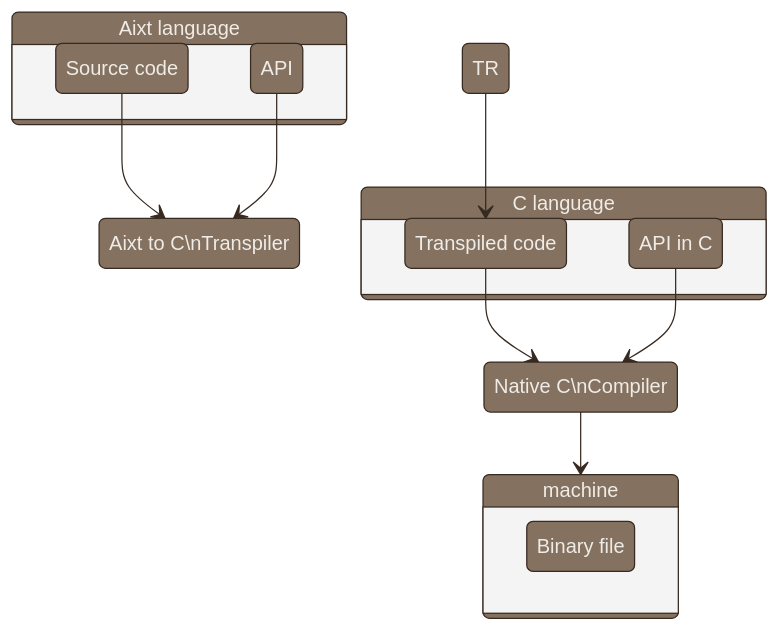
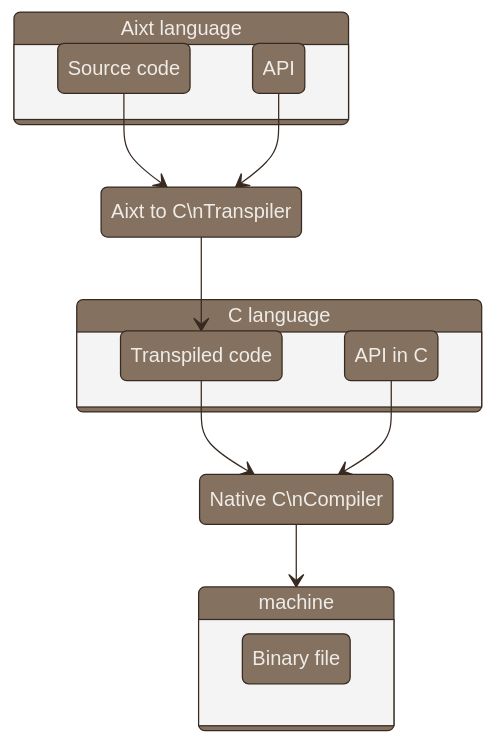
Before and after one commit to fermarsan/aixt: the second of 2 diagrams in logo/Aixt diagram.md, drawn with Mermaid.

Commit message:
mermaid diagram

````diff
--- a/logo/Aixt diagram.md
+++ b/logo/Aixt diagram.md
@@ -42,48 +42,47 @@
 ```mermaid
 %%{ init: { 'theme': 'base', 
             'themeVariables': { 'primaryColor': '#847160',
                                 'secondaryColor': '#6f7c84',
                                 'primaryTextColor': '#efece7',
                                 'primaryBorderColor': '#372a21',
                                 'tertiaryTextColor': '#c3c2f',
                                 'tertiaryBorderColor': '#472a21',
                                 'lineColor': '#372a21'
                               }
           }
 }%%
 
 stateDiagram-v2
 
     Aixt: Aixt language
     state Aixt {
         SC: Source code
         API
     }
 
     Aixt2C: Aixt to C\nTranspiler
 
     C: C language
     state C {
         TC: Transpiled code
         API_C: API in C
     }
 
     NC: Native C\nCompiler
     
     machine
     state machine {
         BF: Binary file
     }
     
-    SC  --> Aixt2C
-    API --> Aixt2C 
+    SC      --> Aixt2C
+    API     --> Aixt2C 
+    Aixt2C  --> TC
 
-    TR  --> TC
-
-    TC    --> NC
-    API_C --> NC
-    NC    --> machine
+    TC      --> NC
+    API_C   --> NC
+    NC      --> machine
 
 %% general block diagram in mermaid.js
 %% converted in svg image by using https://mermaid.live/edit
 ```
````
